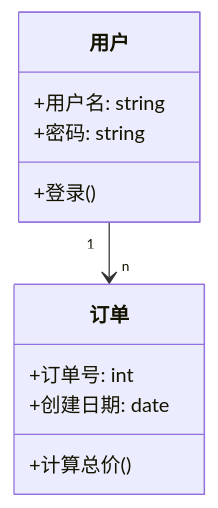
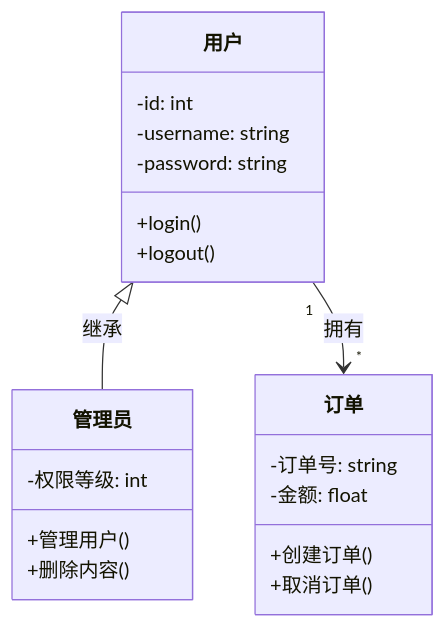
Before and after one commit to cjc-github/GitHub-Flavored-Markdown: the fifth of 6 diagrams in README.md, drawn with Mermaid. The commit also changed other lines of this file and 1 other file, not shown here.

````diff
--- a/README.md
+++ b/README.md
@@ -1544,16 +1575,26 @@
 ```mermaid
 classDiagram
     class 用户 {
-        +用户名: string
-        +密码: string
-        +登录()
+        -id: int
+        -username: string
+        -password: string
+        +login()
+        +logout()
+    }
+    
+    class 管理员 {
+        -权限等级: int
+        +管理用户()
+        +删除内容()
     }
     
     class 订单 {
-        +订单号: int
-        +创建日期: date
-        +计算总价()
+        -订单号: string
+        -金额: float
+        +创建订单()
+        +取消订单()
     }
     
-    用户 "1" --> "n" 订单
+    用户 <|-- 管理员 : 继承
+    用户 "1" --> "*" 订单 : 拥有
 ```
````
